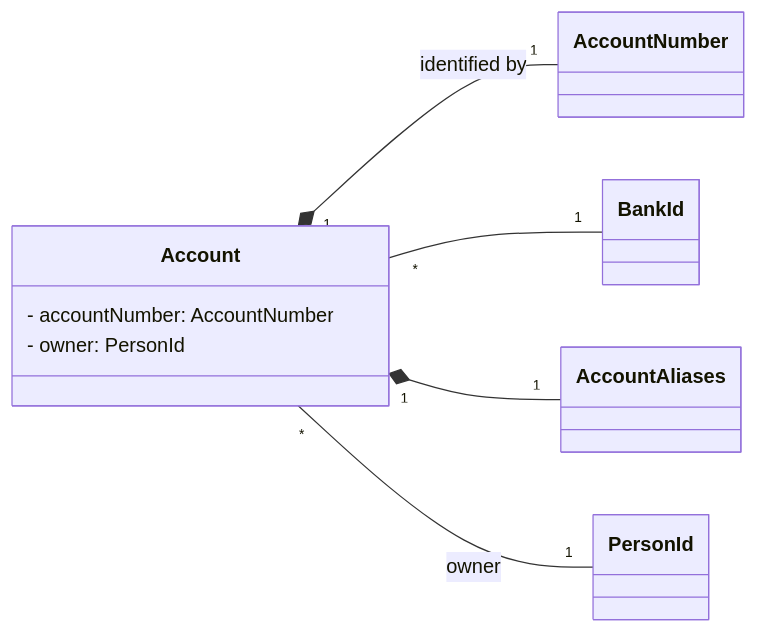
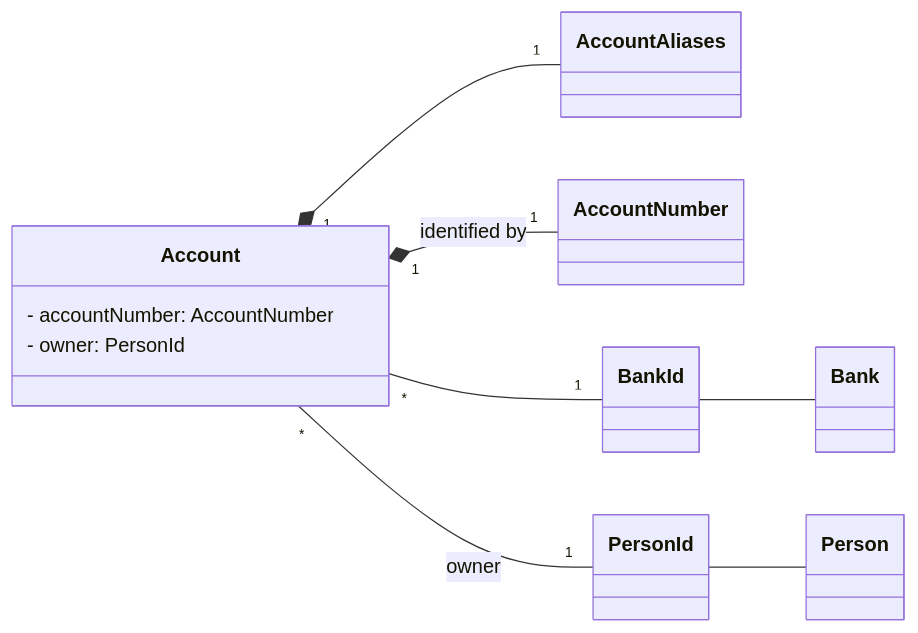
The diagram in src/site/accounts.md (vitalyzotov/banking-model), drawn with Mermaid before and after one commit. The commit also changed 9 other files, not shown here.

````diff
--- a/src/site/accounts.md
+++ b/src/site/accounts.md
@@ -6,17 +6,22 @@
 ```mermaid
 classDiagram
     direction LR
+
     class Account {
         - accountNumber: AccountNumber
         - owner: PersonId
     }
     class AccountAliases
     class AccountNumber
     class BankId
     class PersonId
+    class Person
+    class Bank
 
     Account "1" *-- "1" AccountNumber : identified by
     Account "*" -- "1" BankId
     Account "1" *-- "1" AccountAliases
     Account "*" -- "1" PersonId: owner
+    PersonId -- Person
+    BankId -- Bank
 ```
````
